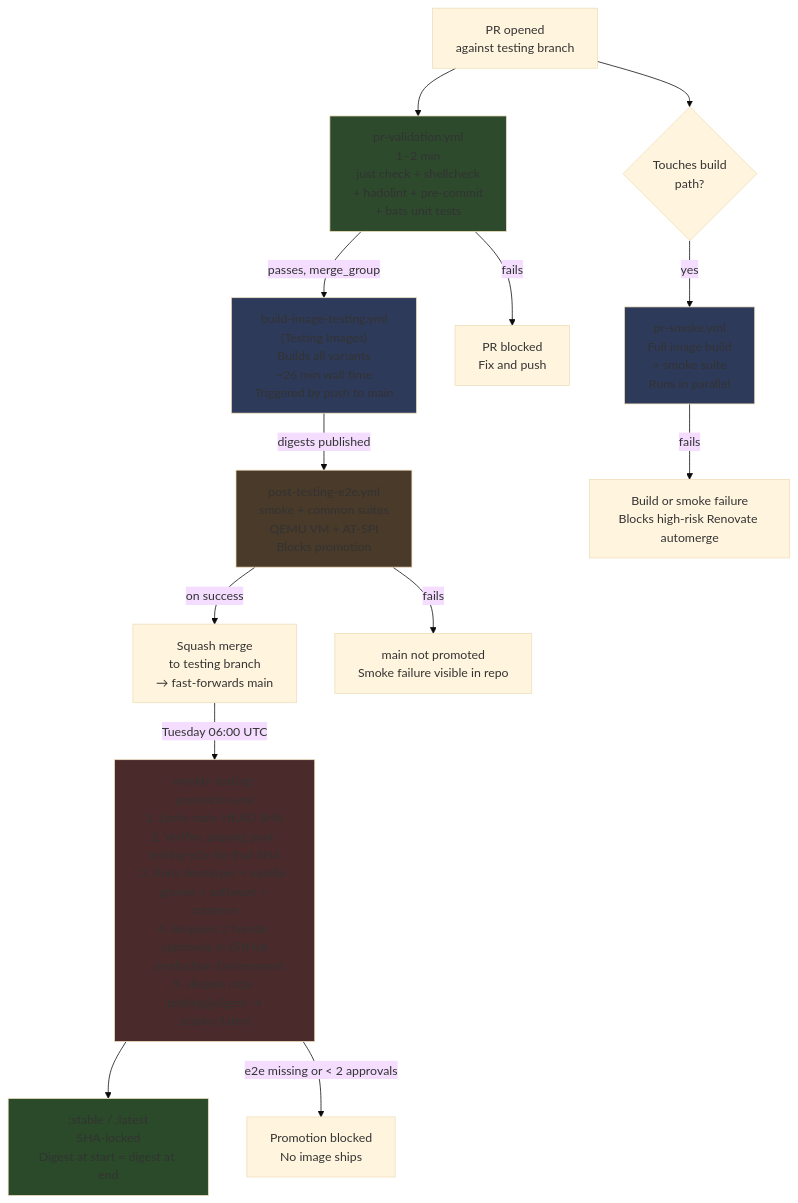
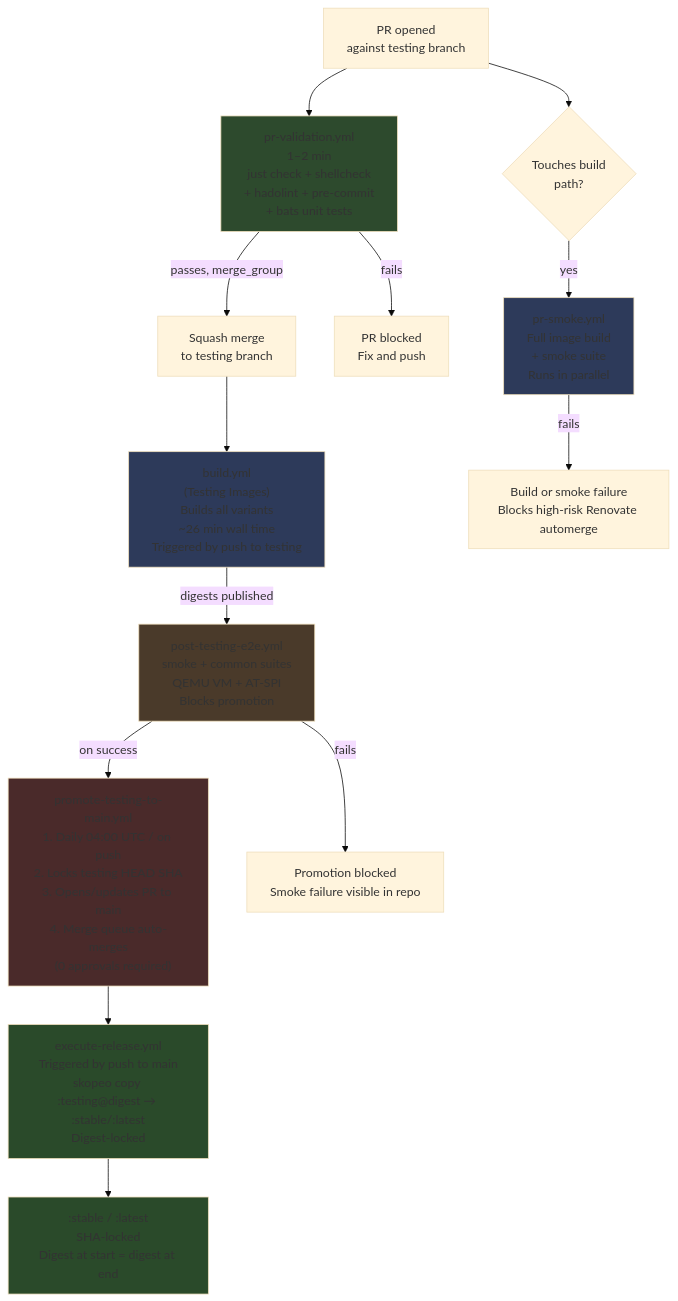
Before and after one commit to projectbluefin/documentation: the fourth of 5 diagrams in docs/agentic-contributing.md, drawn with Mermaid (base theme). The commit also changed other lines of this file and 10 other files, not shown here.

````diff
--- a/docs/agentic-contributing.md
+++ b/docs/agentic-contributing.md
@@ -345,31 +345,33 @@
 ```mermaid
 flowchart TB
     pr["PR opened\nagainst testing branch"]
 
     pr --> validation["pr-validation.yml\n1–2 min\njust check + shellcheck\n+ hadolint + pre-commit\n+ bats unit tests"]
 
     pr --> smoke_check{"Touches build\npath?"}
     smoke_check -->|yes| prsmoke["pr-smoke.yml\nFull image build\n+ smoke suite\nRuns in parallel"]
 
-    validation -->|passes, merge_group| build["build-image-testing.yml\n(Testing Images)\nBuilds all variants\n~26 min wall time\nTriggered by push to main"]
+    validation -->|passes, merge_group| merge["Squash merge\nto testing branch"]
+
+    merge --> build["build.yml\n(Testing Images)\nBuilds all variants\n~26 min wall time\nTriggered by push to testing"]
 
     build -->|digests published| e2e["post-testing-e2e.yml\nsmoke + common suites\nQEMU VM + AT-SPI\nBlocks promotion"]
 
-    e2e -->|on success| merge["Squash merge\nto testing branch\n→ fast-forwards main"]
+    e2e -->|on success| promotion["promote-testing-to-main.yml\n1. Daily 04:00 UTC / on push\n2. Locks testing HEAD SHA\n3. Opens/updates PR to main\n4. Merge queue auto-merges\n   (0 approvals required)"]
 
-    merge -->|Tuesday 06:00 UTC| promotion["weekly-testing-promotion.yml\n1. Locks main HEAD SHA\n2. Verifies passing post-testing-e2e for that SHA\n3. Runs developer + vanilla-gnome + software + common\n4. Requires 2 human approvals in GitHub\n   production Environment\n5. skopeo copy :testing@digest → :stable/:latest"]
+    promotion --> release["execute-release.yml\nTriggered by push to main\nskopeo copy :testing@digest → :stable/:latest\nDigest-locked"]
 
-    promotion --> stable[":stable / :latest\nSHA-locked\nDigest at start = digest at end"]
+    release --> stable[":stable / :latest\nSHA-locked\nDigest at start = digest at end"]
 
     validation -->|fails| reject1["PR blocked\nFix and push"]
     prsmoke -->|fails| reject2["Build or smoke failure\nBlocks high-risk Renovate automerge"]
-    e2e -->|fails| reject3["main not promoted\nSmoke failure visible in repo"]
-    promotion -->|e2e missing or < 2 approvals| reject4["Promotion blocked\nNo image ships"]
+    e2e -->|fails| reject3["Promotion blocked\nSmoke failure visible in repo"]
 
     style validation fill:#2d4a2d
     style prsmoke fill:#2d3a5a
     style build fill:#2d3a5a
     style e2e fill:#4a3a2a
     style promotion fill:#4a2a2a
+    style release fill:#2a4a2a
     style stable fill:#2a4a2a
 ```
````
